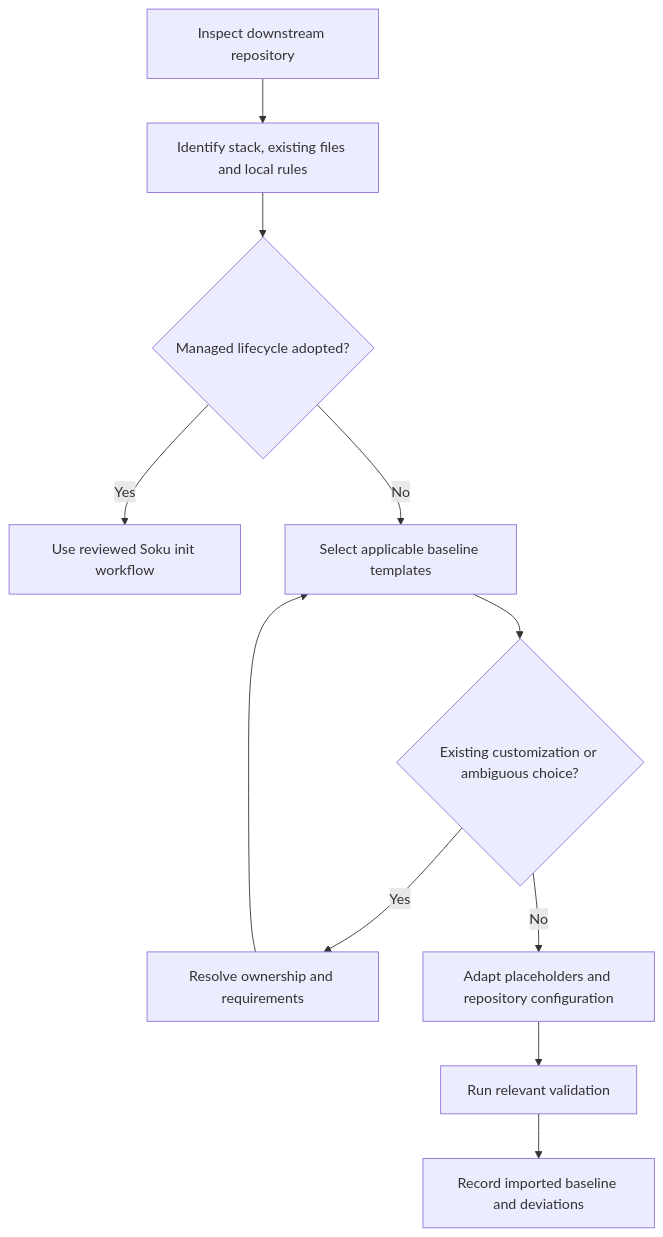
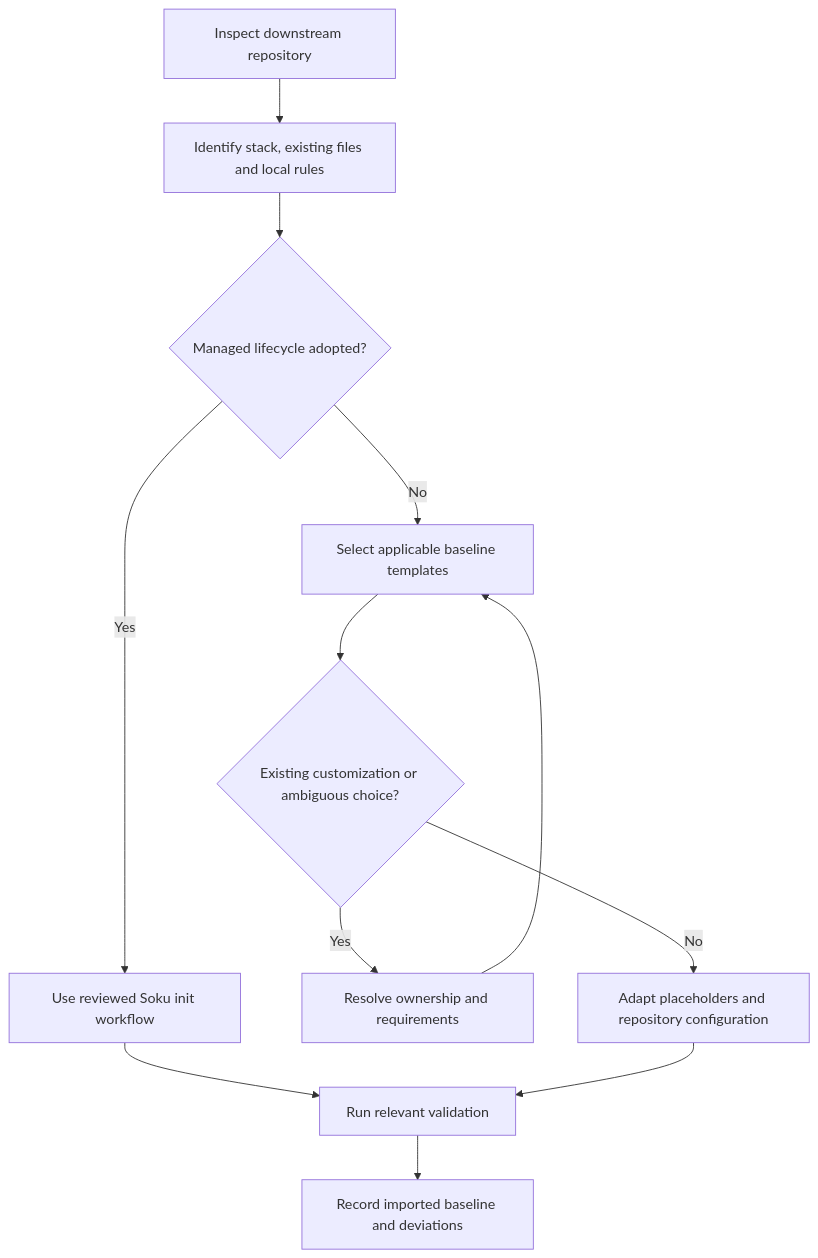
The diagram in docs/guides/INIT_GUIDE.md (Soku-JINSEOK/Soku-Convention-Boilerplate), drawn with Mermaid before and after one commit. The commit also changed other lines of this file and 30 other files, not shown here.

First line of the commit message:
📚 docs(diagrams): align English views with implemented behavior

````diff
--- a/docs/guides/INIT_GUIDE.md
+++ b/docs/guides/INIT_GUIDE.md
@@ -9,13 +11,14 @@
 ```mermaid
 flowchart TD
   target["Inspect downstream repository"] --> detect["Identify stack, existing files and local rules"]
   detect --> mode{"Managed lifecycle adopted?"}
   mode -->|"Yes"| lifecycle["Use reviewed Soku init workflow"]
   mode -->|"No"| select["Select applicable baseline templates"]
   select --> conflict{"Existing customization or ambiguous choice?"}
   conflict -->|"Yes"| resolve["Resolve ownership and requirements"]
   resolve --> select
   conflict -->|"No"| adapt["Adapt placeholders and repository configuration"]
-  adapt --> verify["Run relevant validation"]
+  lifecycle --> verify["Run relevant validation"]
+  adapt --> verify
   verify --> record["Record imported baseline and deviations"]
 ```
````
